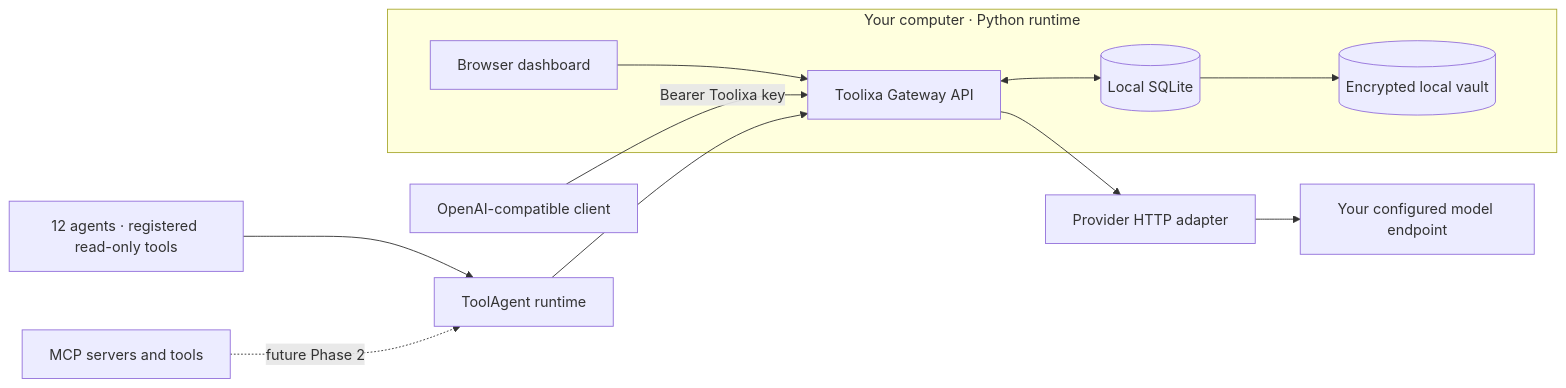
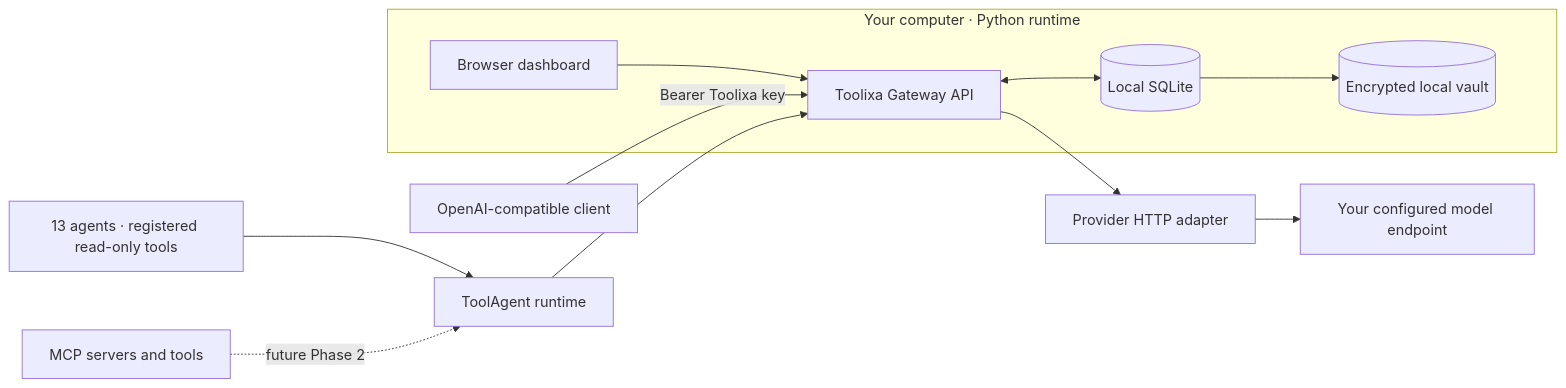
Before and after one commit to tasnimamin38/toolixa-agents: the diagram in README.md, drawn with Mermaid. The commit also changed other lines of this file and 23 other files, not shown here.

````diff
--- a/README.md
+++ b/README.md
@@ -122,20 +124,20 @@
 ```mermaid
 flowchart LR
     subgraph LOCAL["Your computer · Python runtime"]
       UI["Browser dashboard"]
       API["Toolixa Gateway API"]
       VAULT[("Encrypted local vault")]
       DB[("Local SQLite")]
       UI --> API
       API <--> DB
       DB --> VAULT
     end
 
     CLIENT["OpenAI-compatible client"] -->|"Bearer Toolixa key"| API
     API --> ROUTER["Provider HTTP adapter"]
     ROUTER --> MODEL["Your configured model endpoint"]
 
     RUNTIME["ToolAgent runtime"] --> API
-    TOOLS["12 agents · registered read-only tools"] --> RUNTIME
+    TOOLS["13 agents · registered read-only tools"] --> RUNTIME
     MCP["MCP servers and tools"] -. "future Phase 2" .-> RUNTIME
 ```
````
